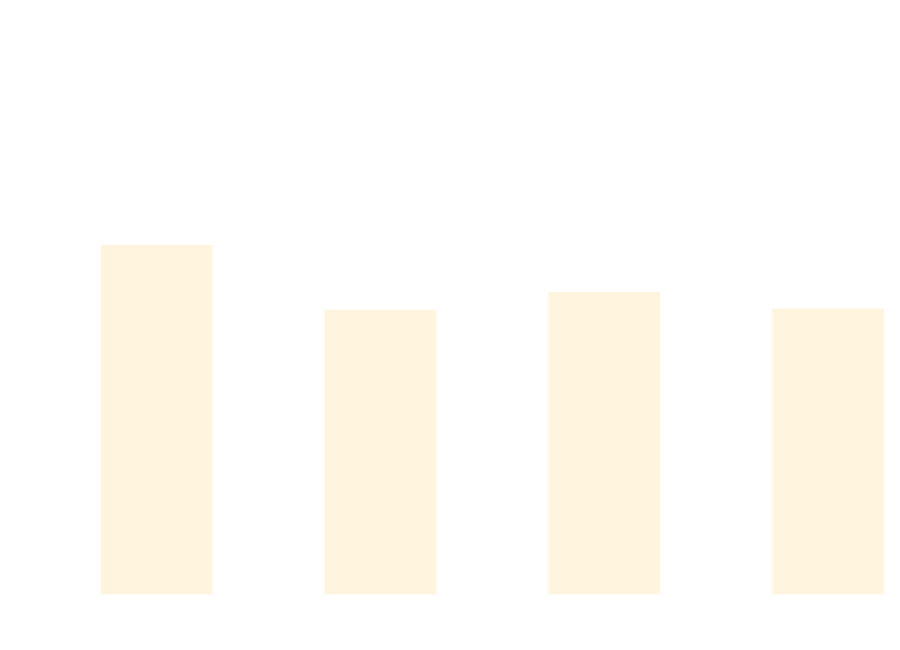
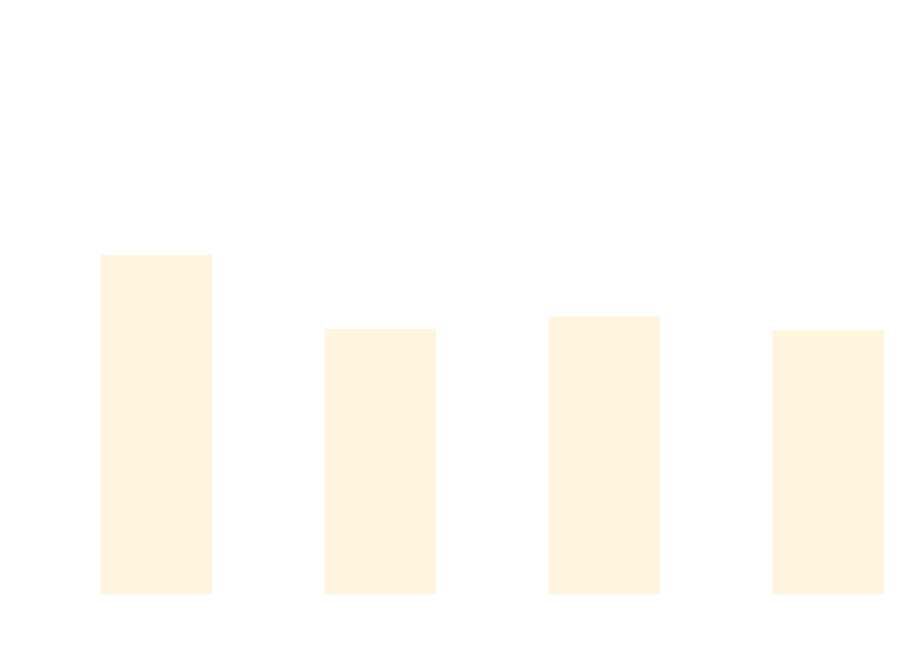
One commit to thomhurst/TUnit changed the diagram in docs/docs/benchmarks/BuildTime.md. Above: the diagram before and after it, drawn with Mermaid. The commit also changed other lines of this file and 17 other files, not shown here.

````diff
--- a/docs/docs/benchmarks/BuildTime.md
+++ b/docs/docs/benchmarks/BuildTime.md
@@ -28,37 +28,37 @@
 ```mermaid
 %%{init: {
   'theme':'base',
   'themeVariables': {
     'primaryColor': '#2563eb',
     'primaryTextColor': '#ffffff',
     'primaryBorderColor': '#1e40af',
     'lineColor': '#6b7280',
     'secondaryColor': '#7c3aed',
     'tertiaryColor': '#dc2626',
     'background': '#ffffff',
     'mainBkg': '#2563eb',
     'secondBkg': '#7c3aed',
     'tertiaryBkg': '#dc2626',
     'clusterBkg': '#f3f4f6',
     'edgeLabelBackground': '#ffffff',
     'tertiaryTextColor': '#1f2937',
     'pie1': '#2563eb',
     'pie2': '#7c3aed',
     'pie3': '#dc2626',
     'pie4': '#f59e0b',
     'pie5': '#10b981',
     'pie6': '#06b6d4',
     'pie7': '#ec4899',
     'pie8': '#6366f1',
     'pie9': '#84cc16',
     'pie10': '#f97316',
     'pie11': '#14b8a6',
     'pie12': '#a855f7'
   }
 }}%%
 xychart-beta
   title "Build Time Comparison"
   x-axis ["Build_TUnit", "Build_NUnit", "Build_MSTest", "Build_xUnit3"]
   y-axis "Time (s)" 0 --> 3
-  bar [2.009, 1.624, 1.731, 1.631]
+  bar [1.95, 1.511, 1.584, 1.503]
 ```
````
